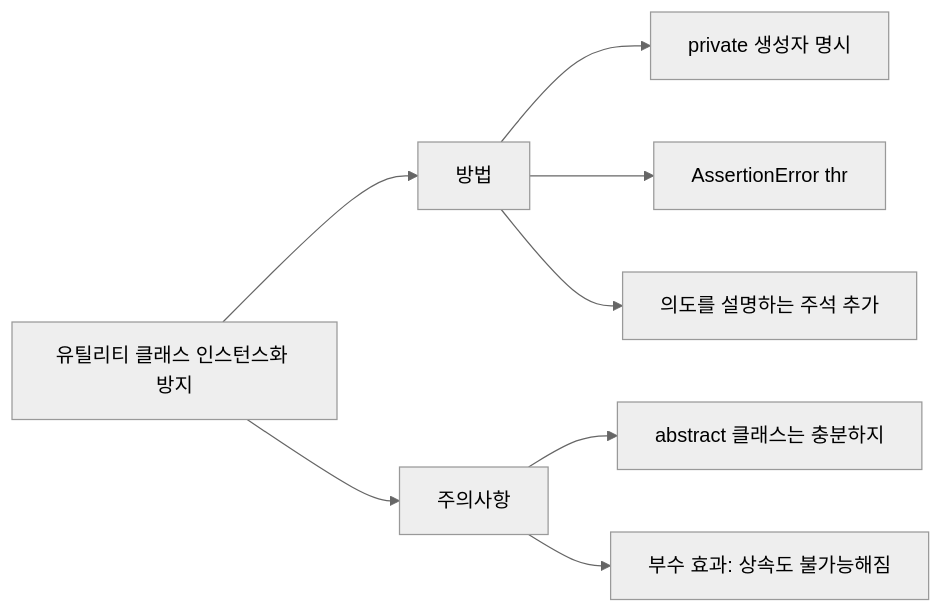
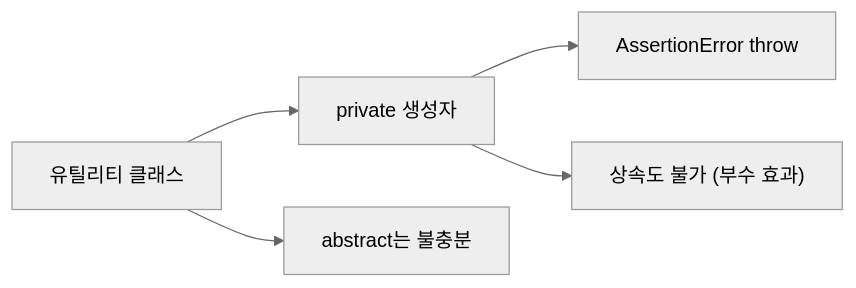
One commit to yjkim2015/yjkim2015.github.io changed the second of 2 diagrams in _posts/java/2021-12-19-effective-java4.md. Above: the diagram before and after it, drawn with Mermaid (neutral theme). The commit also changed 163 other files, not shown here.

First line of the commit message:
Mermaid 300개 블록 내용 축소: 5노드 5엣지 이하, 의미 있는 약어

````diff
--- a/_posts/java/2021-12-19-effective-java4.md
+++ b/_posts/java/2021-12-19-effective-java4.md
@@ -154,10 +154,7 @@
 ```mermaid
 graph LR
-    A["유틸리티 클래스 인스턴스화 방지"] --> B["방법"]
-    A --> C["주의사항"]
-    B --> B1["private 생성자 명시"]
-    B --> B2["AssertionError thr"]
-    B --> B3["의도를 설명하는 주석 추가"]
-    C --> C1["abstract 클래스는 충분하지"]
-    C --> C2["부수 효과: 상속도 불가능해짐"]
+    A["유틸리티 클래스"] --> B["private 생성자"]
+    B --> C["AssertionError throw"]
+    B --> D["상속도 불가 (부수 효과)"]
+    A --> E["abstract는 불충분"]
 ```
````
